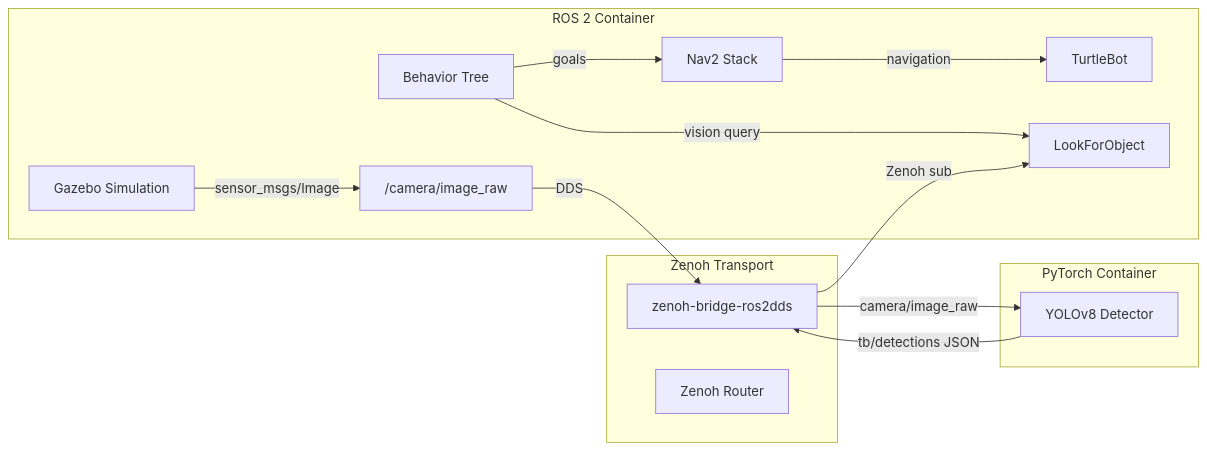
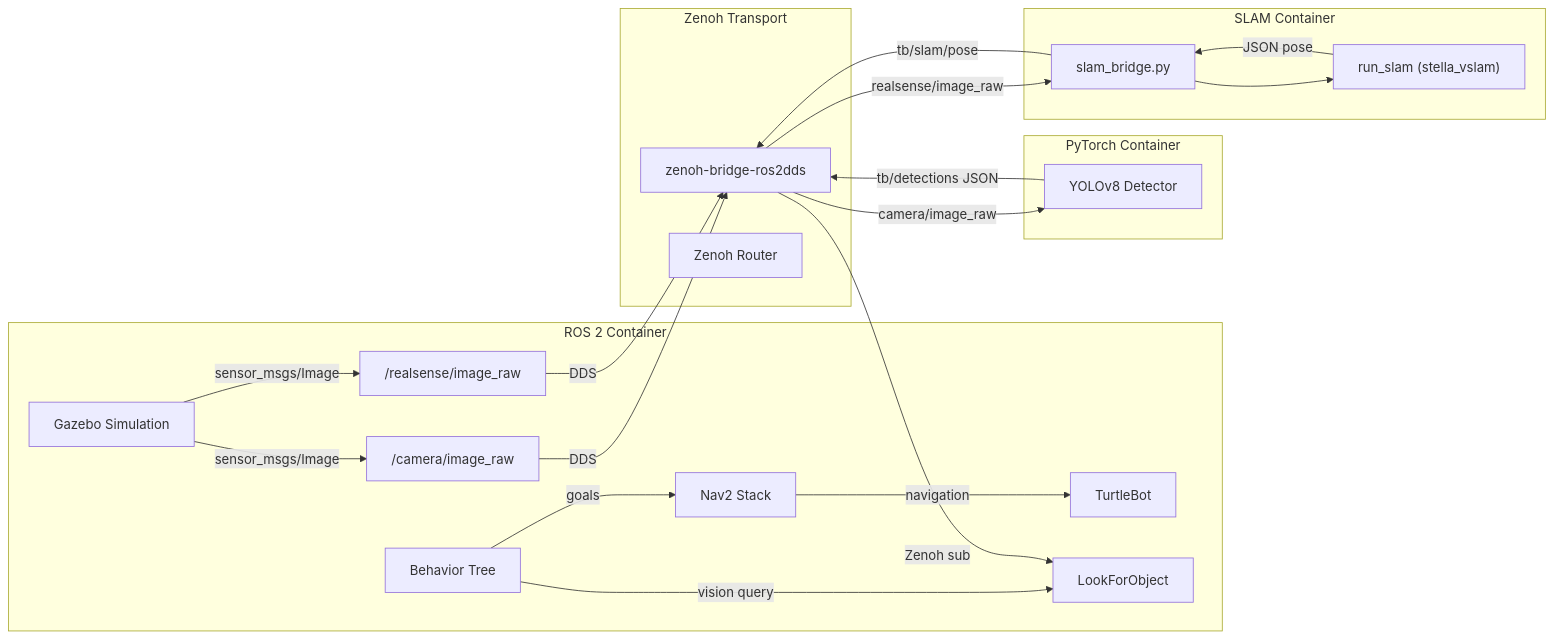
One commit to pantelis/turtlebot-maze changed the first of 3 diagrams in README.md. Above: the diagram before and after it, drawn with Mermaid. The commit also changed other lines of this file, not shown here.

Commit message:
docs: add stella_vslam to system overview diagram (#13)
Update the Architecture Mermaid diagram to show the SLAM container
(slam_bridge.py + run_slam) alongside the PyTorch detector, both
connected via Zenoh transport. Add demo-slam to Docker Services table.

````diff
--- a/README.md
+++ b/README.md
@@ -18,23 +18,32 @@
 ```mermaid
 graph LR
     subgraph ROS 2 Container
         GAZ["Gazebo Simulation"] -->|"sensor_msgs/Image"| CAM["/camera/image_raw"]
+        GAZ -->|"sensor_msgs/Image"| DEPTH["/realsense/image_raw"]
         NAV["Nav2 Stack"] -->|navigation| TB["TurtleBot"]
         BT["Behavior Tree"] -->|goals| NAV
         BT -->|"vision query"| VIS["LookForObject"]
     end
 
     subgraph Zenoh Transport
         ZB["zenoh-bridge-ros2dds"]
         ZR["Zenoh Router"]
     end
 
     subgraph PyTorch Container
         DET["YOLOv8 Detector"]
     end
 
+    subgraph SLAM Container
+        SB["slam_bridge.py"] --> RS["run_slam (stella_vslam)"]
+        RS -->|"JSON pose"| SB
+    end
+
     CAM -->|DDS| ZB
+    DEPTH -->|DDS| ZB
     ZB -->|"camera/image_raw"| DET
     DET -->|"tb/detections JSON"| ZB
     ZB -->|"Zenoh sub"| VIS
+    ZB -->|"realsense/image_raw"| SB
+    SB -->|"tb/slam/pose"| ZB
 ```
````
